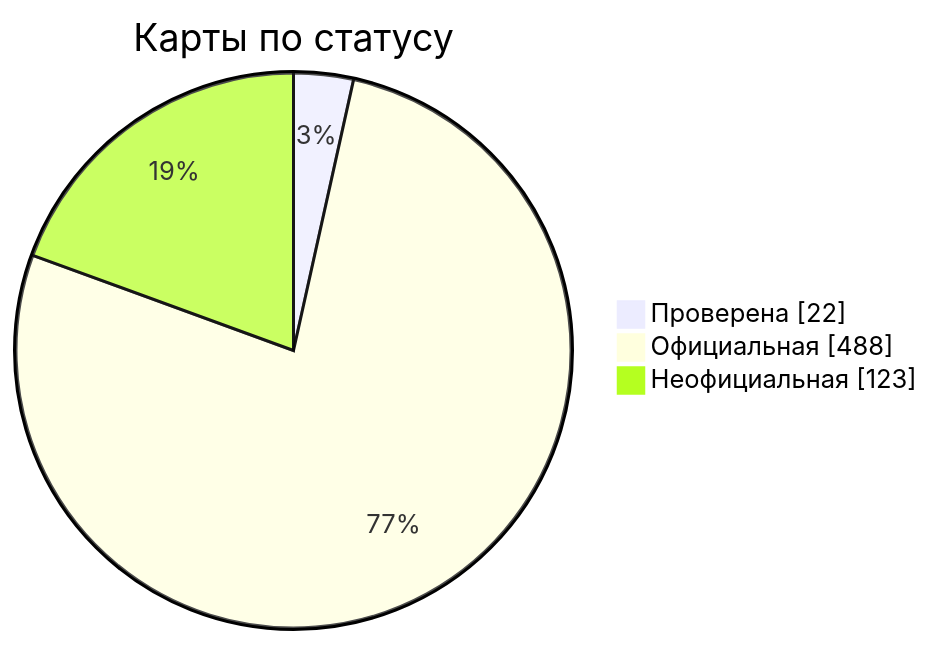
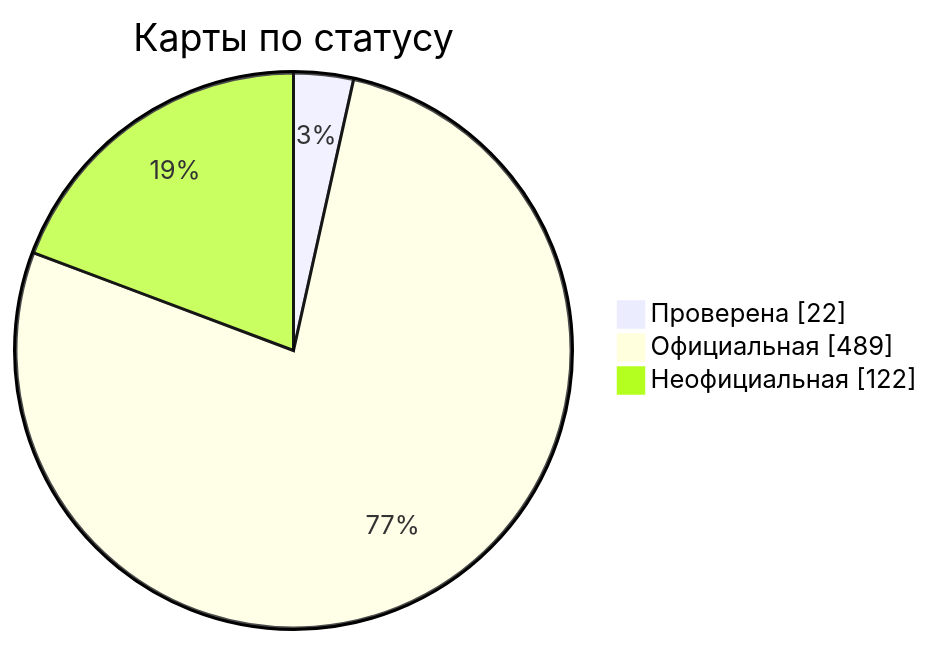
One commit to nobrega8/mbmap-library changed the diagram in docs/readme/README_RU.md. Above: the diagram before and after it, drawn with Mermaid. The commit also changed 6 other files, not shown here.

````diff
--- a/docs/readme/README_RU.md
+++ b/docs/readme/README_RU.md
@@ -54,7 +54,7 @@
 ```mermaid
 pie showData
     title Карты по статусу
     "Проверена" : 22
-    "Официальная" : 488
-    "Неофициальная" : 123
+    "Официальная" : 489
+    "Неофициальная" : 122
 ```
````
